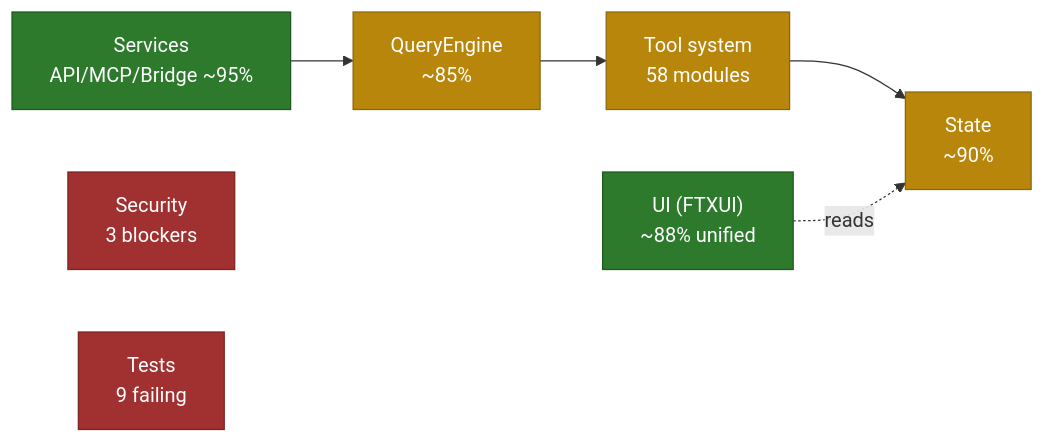
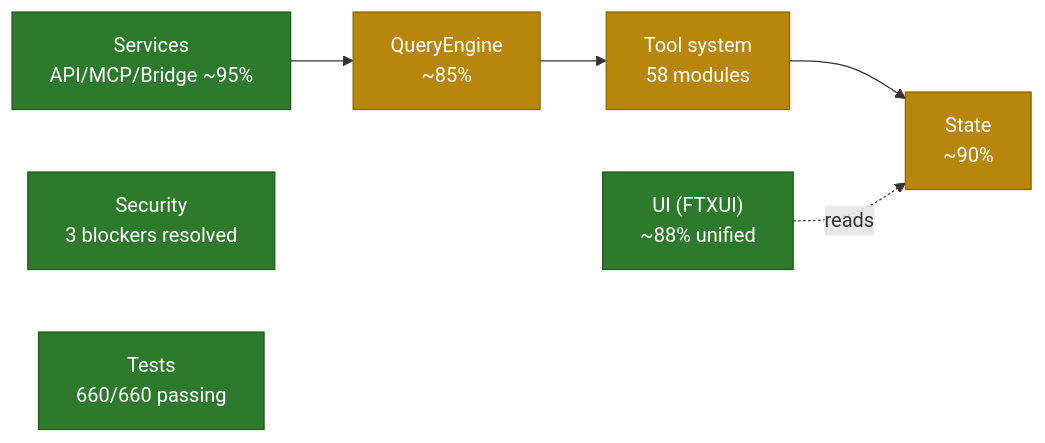
The diagram in cpp_migration/docs/migration-audit-report.md (Zzzode/CC-REPL), drawn with Mermaid before and after one commit. The commit also changed other lines of this file and 18 other files, not shown here.

````diff
--- a/cpp_migration/docs/migration-audit-report.md
+++ b/cpp_migration/docs/migration-audit-report.md
@@ -34,19 +44,19 @@
 ```mermaid
 graph LR
     classDef done fill:#2d7a2d,color:#fff,stroke:#1d5a1d
     classDef partial fill:#b8860b,color:#fff,stroke:#8a6608
     classDef block fill:#a13030,color:#fff,stroke:#7a2424
 
     QE["QueryEngine<br/>~85%"]:::partial
     TOOLS["Tool system<br/>58 modules"]:::partial
     STATE["State<br/>~90%"]:::partial
     SVC["Services<br/>API/MCP/Bridge ~95%"]:::done
     UI["UI (FTXUI)<br/>~88% unified"]:::done
-    SEC["Security<br/>3 blockers"]:::block
-    TEST["Tests<br/>9 failing"]:::block
+    SEC["Security<br/>3 blockers resolved"]:::done
+    TEST["Tests<br/>660/660 passing"]:::done
 
     SVC --> QE
     QE --> TOOLS
     TOOLS --> STATE
     UI -.reads.-> STATE
 ```
````
